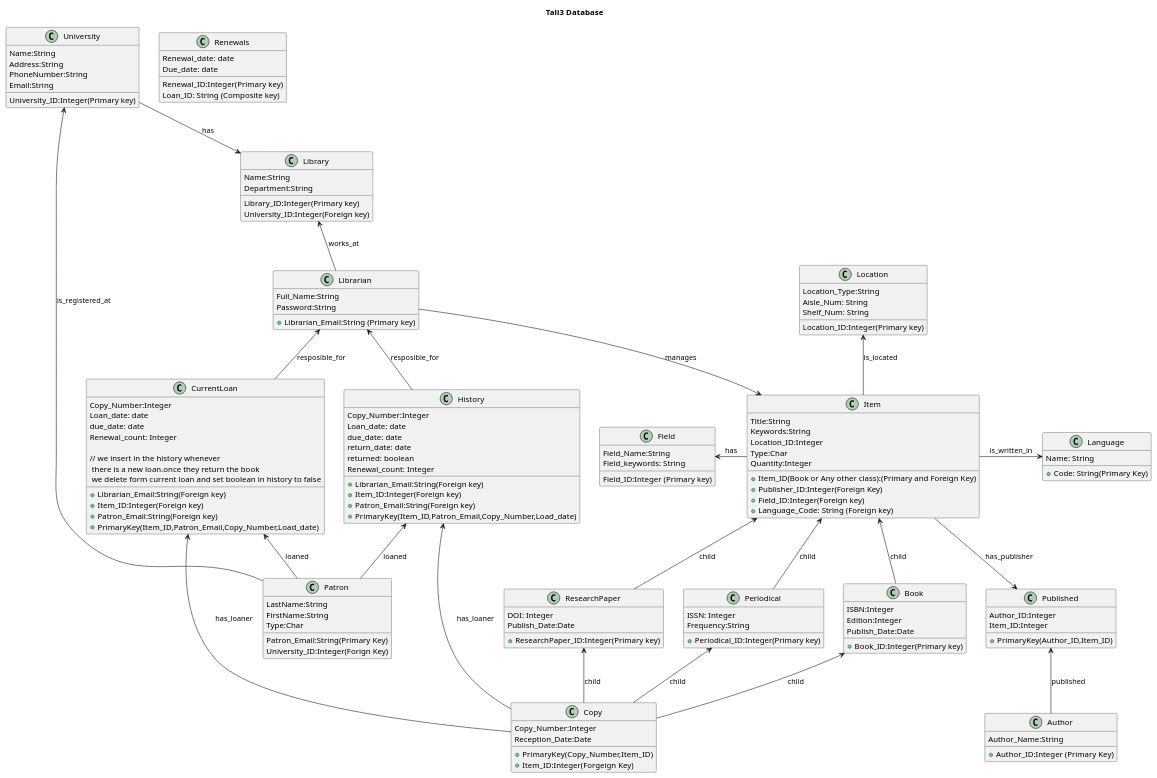
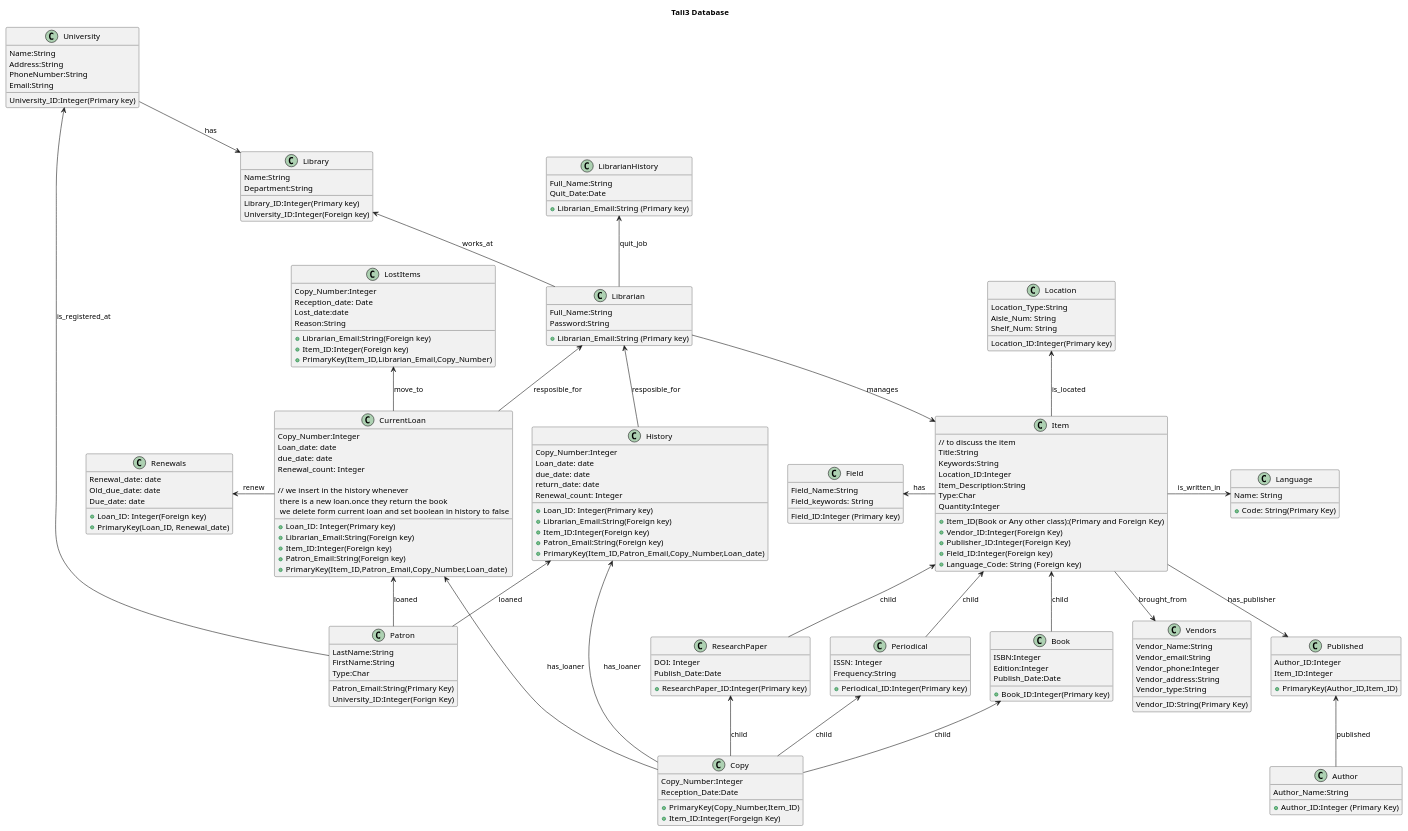
Before and after one commit to Team-G4-15/Tali3: the diagram in ServerSide/SystemDesign/Database/database.puml, drawn with PlantUML. The commit also changed other lines of this file and 4 other files, not shown here.

```diff
--- a/ServerSide/SystemDesign/Database/database.puml
+++ b/ServerSide/SystemDesign/Database/database.puml
@@ -1,20 +1,20 @@
-@startuml 
+@startuml
 title Tali3 Database
 
 class University {
 
   University_ID:Integer(Primary key)
-  Name:String 
+  Name:String
   Address:String
   PhoneNumber:String
   Email:String
 }
 
 class Library{
-    Library_ID:Integer(Primary key)
-    Name:String
-    Department:String
-    University_ID:Integer(Foreign key)
+  Library_ID:Integer(Primary key)
+  Name:String
+  Department:String
+  University_ID:Integer(Foreign key)
 }
 
 class Librarian{
@@ -24,10 +24,10 @@
 }
 
 class Patron{
-  Patron_Email:String(Primary Key) 
+  Patron_Email:String(Primary Key)
   LastName:String
   FirstName:String
-  Type:Char 
+  Type:Char
   University_ID:Integer(Forign Key)
 }
 
@@ -39,27 +39,29 @@
 }
 
 class Item{
+  // to discuss the item
   Title:String
   Keywords:String
   Location_ID:Integer
+  Item_Description:String
   Type:Char
   +Item_ID(Book or Any other class):(Primary and Foreign Key)
   Quantity:Integer
+  +Vendor_ID:Integer(Foreign Key)
   +Publisher_ID:Integer(Foreign Key)
   +Field_ID:Integer(Foreign key)
   +Language_Code: String (Foreign key)
-  
 }
 
 class Book{
   +Book_ID:Integer(Primary key)
   ISBN:Integer
   Edition:Integer
-  Publish_Date:Date     
+  Publish_Date:Date
 }
 
 class Published{
-  Author_ID:Integer 
+  Author_ID:Integer
   Item_ID:Integer
   + PrimaryKey(Author_ID,Item_ID)
 
@@ -67,12 +69,12 @@
 
 class Author{
   +Author_ID:Integer (Primary Key)
-  Author_Name:String 
+  Author_Name:String
 }
 
 class Copy{
   Copy_Number:Integer
-  Reception_Date:Date 
+  Reception_Date:Date
   + PrimaryKey(Copy_Number,Item_ID)
   +Item_ID:Integer(Forgeign Key)
 }
@@ -95,37 +97,49 @@
   Publish_Date:Date
 }
 
+class CurrentLoan{
+  + Loan_ID: Integer(Primary key)
+  + Librarian_Email:String(Foreign key)
+  + Item_ID:Integer(Foreign key)
+  + Patron_Email:String(Foreign key)
+  Copy_Number:Integer
+  Loan_date: date
+  due_date: date
+  Renewal_count: Integer
+  + PrimaryKey(Item_ID,Patron_Email,Copy_Number,Loan_date)
 
+  // we insert in the history whenever\n there is a new loan.once they return the book\n we delete form current loan and set boolean in history to false
+}
 
-class CurrentLoan{
-    +Librarian_Email:String(Foreign key)
-    +Item_ID:Integer(Foreign key)
-    +Patron_Email:String(Foreign key)
-    Copy_Number:Integer
-    Loan_date: date
-    due_date: date
-    Renewal_count: Integer
-    + PrimaryKey(Item_ID,Patron_Email,Copy_Number,Load_date)
+class History{
+  + Loan_ID: Integer(Primary key)
+  + Librarian_Email:String(Foreign key)
+  + Item_ID:Integer(Foreign key)
+  + Patron_Email:String(Foreign key)
+  Copy_Number:Integer
+  Loan_date: date
+  due_date: date
+  return_date: date
+  Renewal_count: Integer
+  + PrimaryKey(Item_ID,Patron_Email,Copy_Number,Loan_date)
+}
 
-    // we insert in the history whenever\n there is a new loan.once they return the book\n we delete form current loan and set boolean in history to false 
+class Renewals{
+  + Loan_ID: Integer(Foreign key)
+  Renewal_date: date
+  Old_due_date: date
+  Due_date: date
+  + PrimaryKey(Loan_ID, Renewal_date)
 }
-class History{
-    + Librarian_Email:String(Foreign key)
-    + Item_ID:Integer(Foreign key)
-    + Patron_Email:String(Foreign key)
-    Copy_Number:Integer
-    Loan_date: date
-    due_date: date
-    return_date: date
-    returned: boolean
-    Renewal_count: Integer
-    + PrimaryKey(Item_ID,Patron_Email,Copy_Number,Load_date)
-}
-class Renewals{
-  Renewal_ID:Integer(Primary key)
-  Loan_ID: String (Composite key)
-  Renewal_date: date
-  Due_date: date
+
+class LostItems{
+  + Librarian_Email:String(Foreign key)
+  + Item_ID:Integer(Foreign key)
+  Copy_Number:Integer
+  Reception_date: Date
+  Lost_date:date
+  Reason:String
+  + PrimaryKey(Item_ID,Librarian_Email,Copy_Number)
 }
 
 class Location{
@@ -135,6 +149,23 @@
   Shelf_Num: String
 }
 
+
+class Vendors{
+
+  Vendor_ID:String(Primary Key)
+  Vendor_Name:String
+  Vendor_email:String
+  Vendor_phone:Integer
+  Vendor_address:String
+  Vendor_type:String
+
+}
+
+class LibrarianHistory{
+  + Librarian_Email:String (Primary key)
+  Full_Name:String
+  Quit_Date:Date
+}
 
 
 Author-up->Published :published
@@ -167,5 +198,10 @@
 Patron-up->History :loaned
 Copy-up->History :has_loaner
 
+CurrentLoan-up->LostItems :move_to
+CurrentLoan-left->Renewals :renew
 
+Item -->Vendors:brought_from
+
+Librarian -up->LibrarianHistory:quit_job
 @enduml
```
